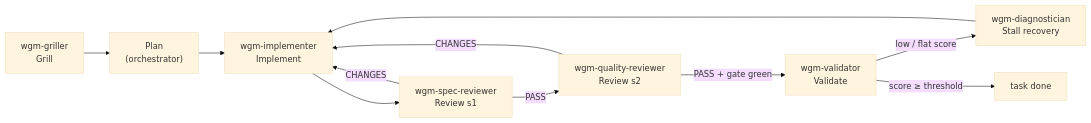
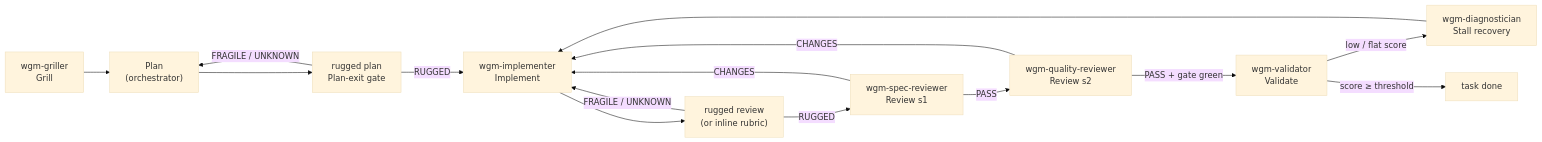
One commit to agent-frontier/wgm changed the first of 2 diagrams in references/subagents.md. Above: the diagram before and after it, drawn with Mermaid (base theme). The commit also changed other lines of this file and 20 other files, not shown here.

````diff
--- a/references/subagents.md
+++ b/references/subagents.md
@@ -28,13 +28,17 @@
 ```mermaid
 flowchart LR
   G["wgm-griller<br/>Grill"] --> PL["Plan<br/>(orchestrator)"]
-  PL --> IM["wgm-implementer<br/>Implement"]
-  IM --> SR["wgm-spec-reviewer<br/>Review s1"]
+  PL --> RP["rugged plan<br/>Plan-exit gate"]
+  RP -->|"FRAGILE / UNKNOWN"| PL
+  RP -->|RUGGED| IM["wgm-implementer<br/>Implement"]
+  IM --> RV["rugged review<br/>(or inline rubric)"]
+  RV -->|"FRAGILE / UNKNOWN"| IM
+  RV -->|RUGGED| SR["wgm-spec-reviewer<br/>Review s1"]
   SR -->|PASS| QR["wgm-quality-reviewer<br/>Review s2"]
   QR -->|PASS + gate green| VA["wgm-validator<br/>Validate"]
   SR -->|CHANGES| IM
   QR -->|CHANGES| IM
   VA -->|low / flat score| DX["wgm-diagnostician<br/>Stall recovery"]
   DX --> IM
   VA -->|score ≥ threshold| DONE["task done"]
 ```
````
